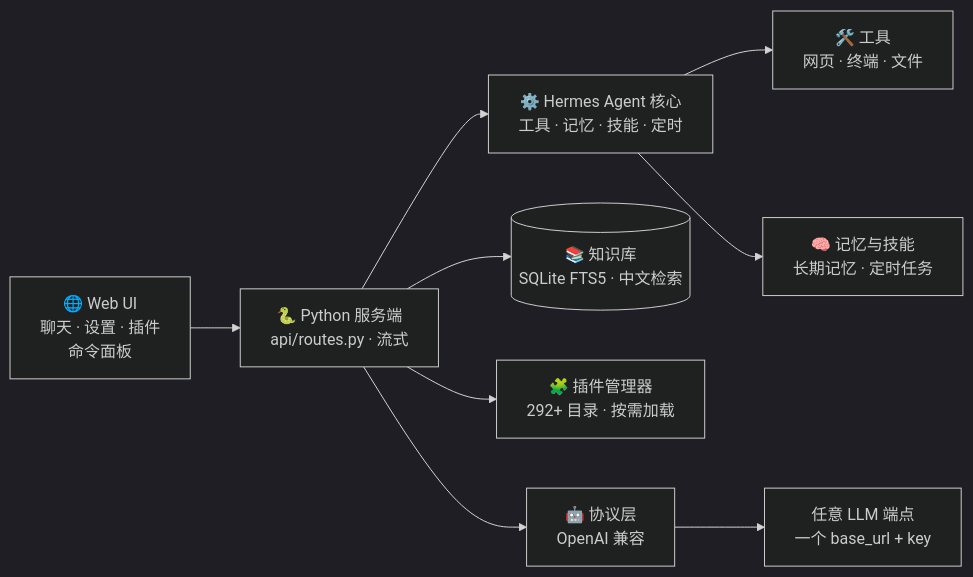
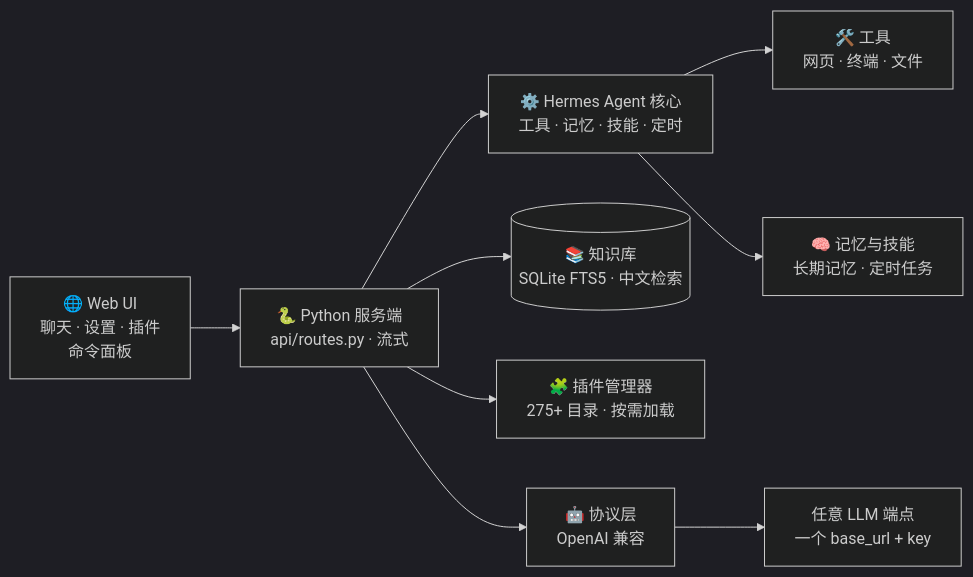
The diagram in README.zh-CN.md (Morningstar202604/iris), drawn with Mermaid (dark theme) before and after one commit. The commit also changed other lines of this file and 80 other files, not shown here.

````diff
--- a/README.zh-CN.md
+++ b/README.zh-CN.md
@@ -76,11 +76,11 @@
 ```mermaid
 flowchart LR
     U["🌐 Web UI<br/>聊天 · 设置 · 插件<br/>命令面板"] --> S["🐍 Python 服务端<br/>api/routes.py · 流式"]
     S --> A["⚙️ Hermes Agent 核心<br/>工具 · 记忆 · 技能 · 定时"]
     S --> KB[("📚 知识库<br/>SQLite FTS5 · 中文检索")]
-    S --> PM["🧩 插件管理器<br/>292+ 目录 · 按需加载"]
+    S --> PM["🧩 插件管理器<br/>275+ 目录 · 按需加载"]
     S --> PL["🤖 协议层<br/>OpenAI 兼容"]
     PL --> M["任意 LLM 端点<br/>一个 base_url + key"]
     A --> T1["🛠️ 工具<br/>网页 · 终端 · 文件"]
     A --> T2["🧠 记忆与技能<br/>长期记忆 · 定时任务"]
 ```
````
